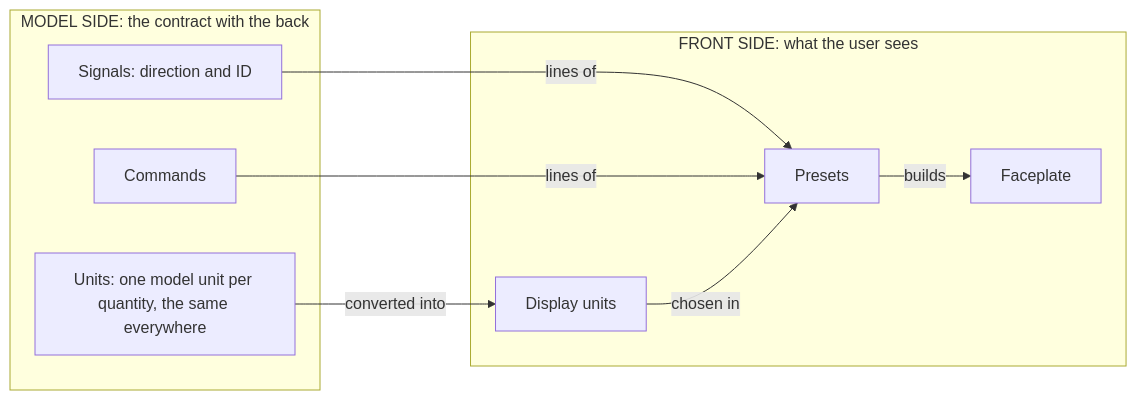
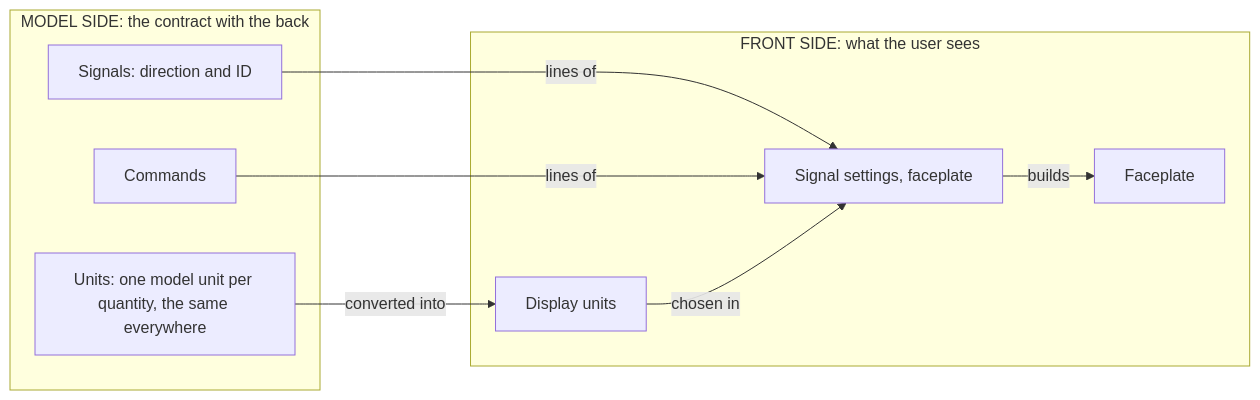
The second of 50 diagrams in metadata/draft.md (AlexandreGallais/synoptic-studio-spec), drawn with Mermaid before and after one commit. The commit also changed other lines of this file and 65 other files, not shown here.

````diff
--- a/metadata/draft.md
+++ b/metadata/draft.md
@@ -51,18 +51,18 @@
 ```mermaid
 flowchart LR
     subgraph Model["MODEL SIDE: the contract with the back"]
         P["Signals: direction and ID"]
         C["Commands"]
         N["Units: one model unit per quantity, the same everywhere"]
     end
     subgraph Front["FRONT SIDE: what the user sees"]
-        R["Presets"]
+        R["Signal settings, faceplate"]
         U["Faceplate"]
         D["Display units"]
     end
     P -->|"lines of"| R
     C -->|"lines of"| R
     N -->|"converted into"| D
     D -->|"chosen in"| R
     R -->|"builds"| U
 ```
````
